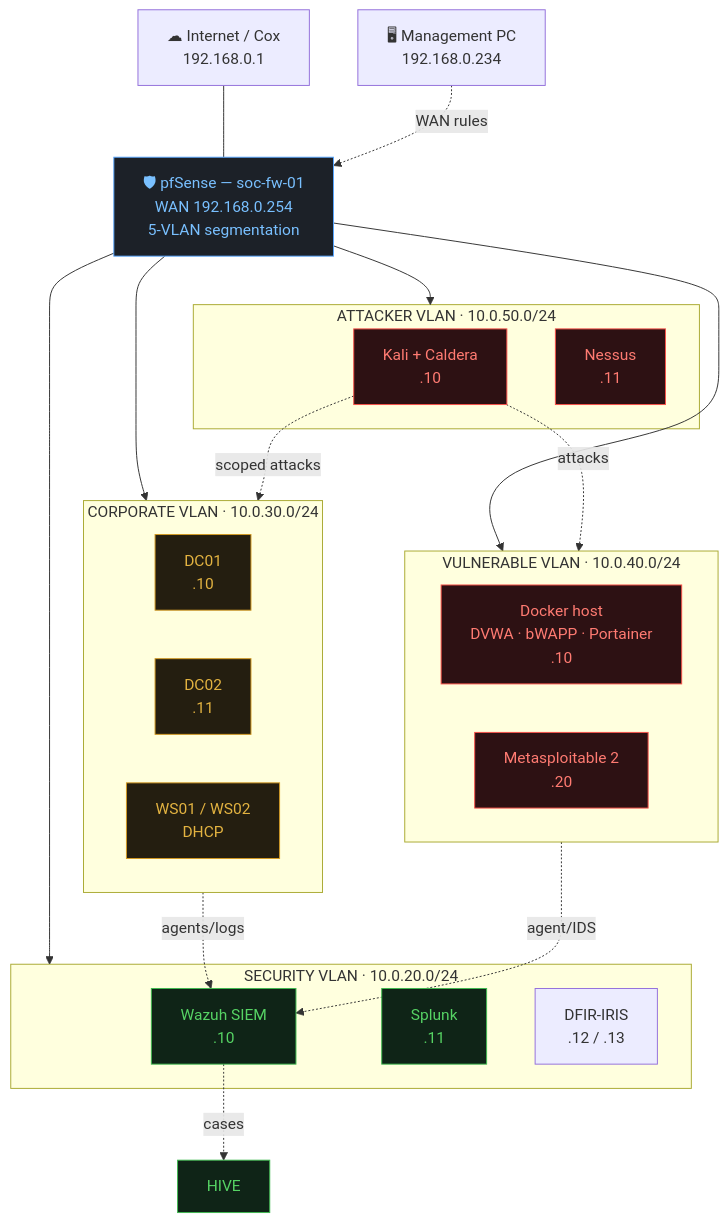
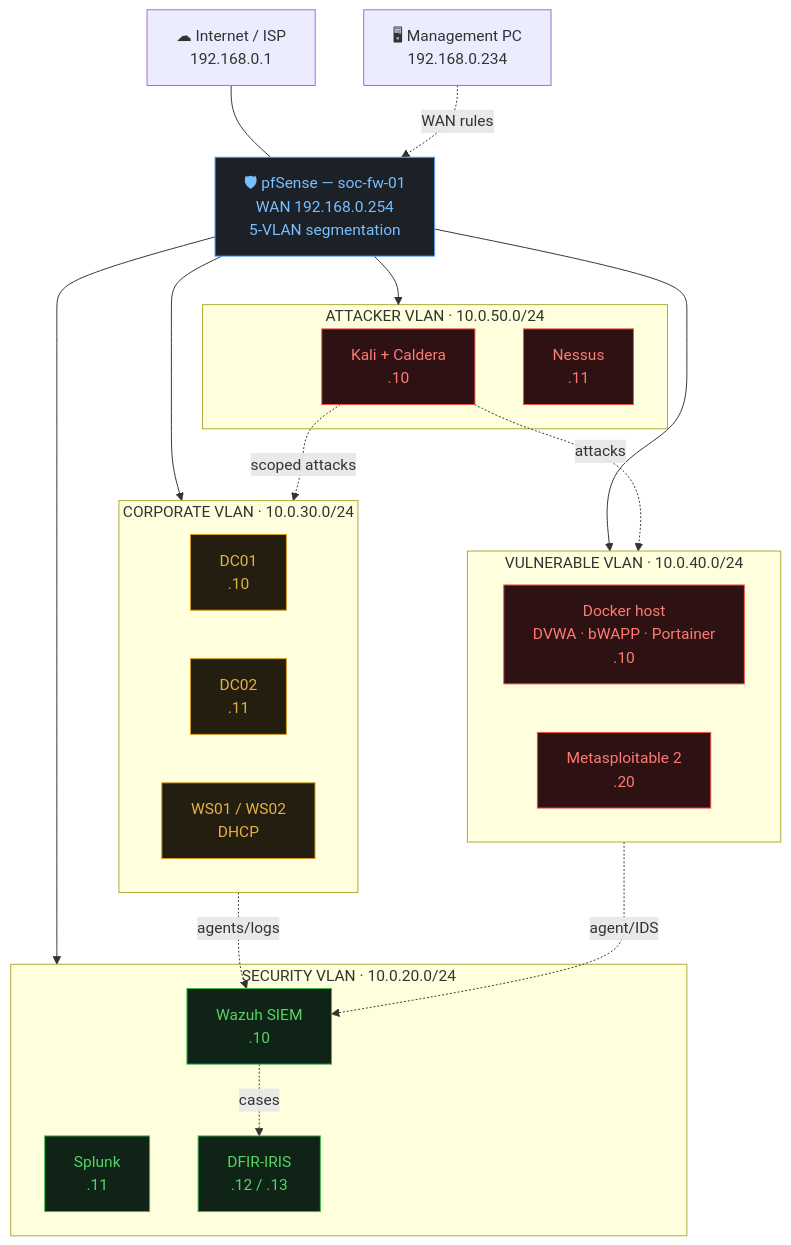
Before and after one commit to Brad14t/Home-lab-Open-Source: the diagram in README.md, drawn with Mermaid. The commit also changed 7 other files, not shown here.

First line of the commit message:
docs: fix diagram, stale TheHive references and scenario status wording

````diff
--- a/README.md
+++ b/README.md
@@ -15,55 +15,55 @@
 ```mermaid
 flowchart TB
-    NET["☁ Internet / Cox<br/>192.168.0.1"]
+    NET["☁ Internet / ISP<br/>192.168.0.1"]
     MGMT["🖥 Management PC<br/>192.168.0.234"]
 
     NET --- FW
     MGMT -.WAN rules.-> FW
 
     FW["🛡 pfSense — soc-fw-01<br/>WAN 192.168.0.254<br/>5-VLAN segmentation"]
 
     subgraph SEC["SECURITY VLAN · 10.0.20.0/24"]
         WAZUH["Wazuh SIEM<br/>.10"]
         SPLUNK["Splunk<br/>.11"]
-        DFIR-IRIS["DFIR-IRIS<br/>.12 / .13"]
+        IRIS["DFIR-IRIS<br/>.12 / .13"]
     end
 
     subgraph CORP["CORPORATE VLAN · 10.0.30.0/24"]
         DC1["DC01<br/>.10"]
         DC2["DC02<br/>.11"]
         WS["WS01 / WS02<br/>DHCP"]
     end
 
     subgraph VULN["VULNERABLE VLAN · 10.0.40.0/24"]
         DOCKER["Docker host<br/>DVWA · bWAPP · Portainer<br/>.10"]
         MSF["Metasploitable 2<br/>.20"]
     end
 
     subgraph ATK["ATTACKER VLAN · 10.0.50.0/24"]
         KALI["Kali + Caldera<br/>.10"]
         NESSUS["Nessus<br/>.11"]
     end
 
     FW --> SEC
     FW --> CORP
     FW --> VULN
     FW --> ATK
 
     KALI -.attacks.-> VULN
     KALI -.scoped attacks.-> CORP
     CORP -.agents/logs.-> WAZUH
     VULN -.agent/IDS.-> WAZUH
-    WAZUH -.cases.-> HIVE
+    WAZUH -.cases.-> IRIS
 
     classDef sec fill:#0f2417,stroke:#3fb950,color:#56d364
     classDef corp fill:#241e10,stroke:#d29922,color:#e3b341
     classDef vuln fill:#2d1113,stroke:#f85149,color:#ff7b72
     classDef atk fill:#2d1113,stroke:#f85149,color:#ff7b72
     classDef fw fill:#1c2128,stroke:#58a6ff,color:#79c0ff
 
-    class WAZUH,SPLUNK,HIVE sec
+    class WAZUH,SPLUNK,IRIS sec
     class DC1,DC2,WS corp
     class DOCKER,MSF vuln
     class KALI,NESSUS atk
     class FW fw
 ```
````
